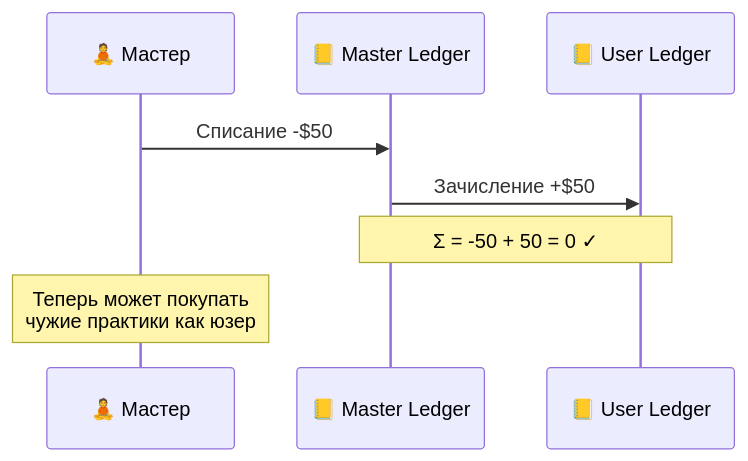
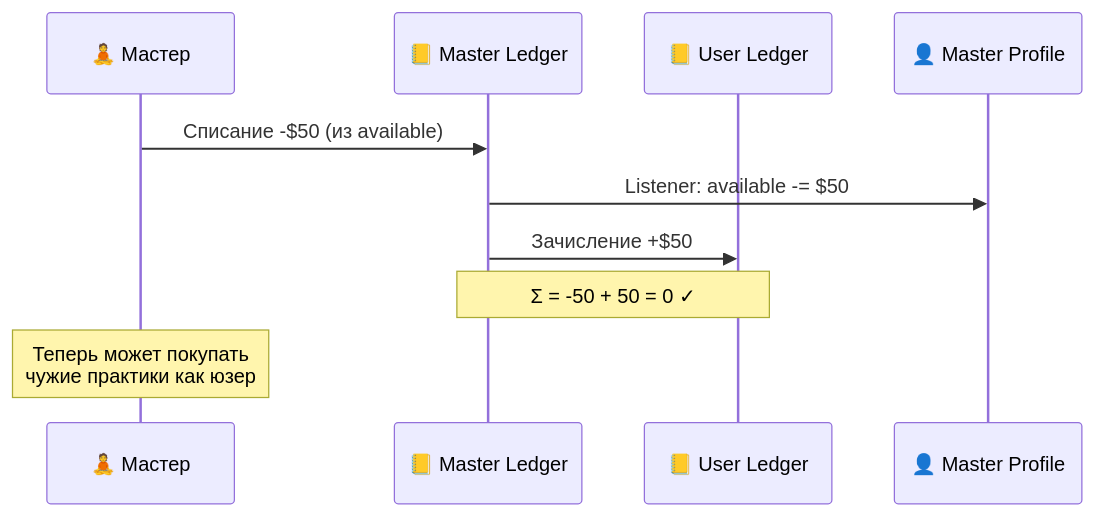
One commit to aivis-one/velo changed the fifth of 9 diagrams in VELO-Payment-System-Meeting.md. Above: the diagram before and after it, drawn with Mermaid. The commit also changed other lines of this file, not shown here.

````diff
--- a/VELO-Payment-System-Meeting.md
+++ b/VELO-Payment-System-Meeting.md
@@ -164,11 +210,13 @@
 ```mermaid
 sequenceDiagram
     participant M as 🧘 Мастер
     participant ML as 📒 Master Ledger
     participant UL as 📒 User Ledger
+    participant MP as 👤 Master Profile
 
-    M->>ML: Списание -$50
+    M->>ML: Списание -$50 (из available)
+    ML->>MP: Listener: available -= $50
     ML->>UL: Зачисление +$50
     Note over ML,UL: Σ = -50 + 50 = 0 ✓
     Note over M: Теперь может покупать<br/>чужие практики как юзер
 ```
````
